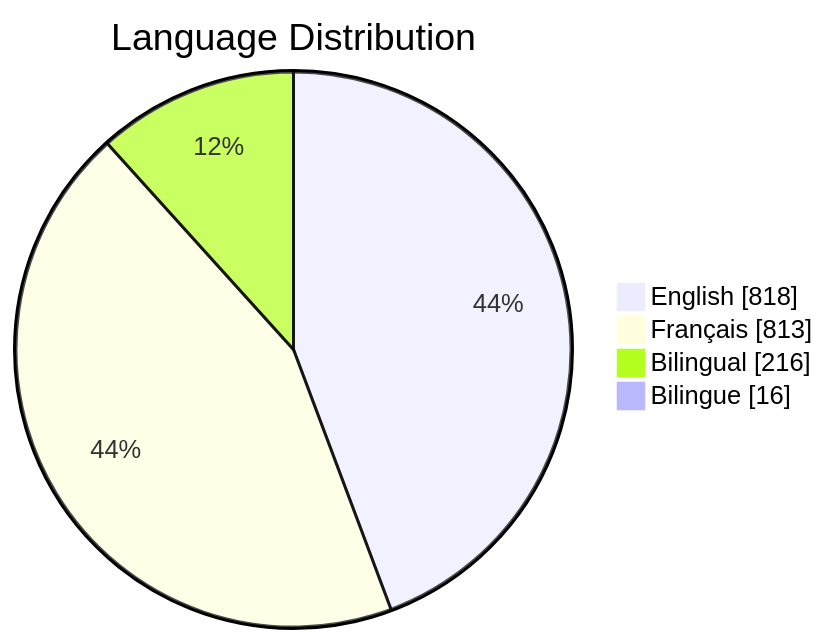
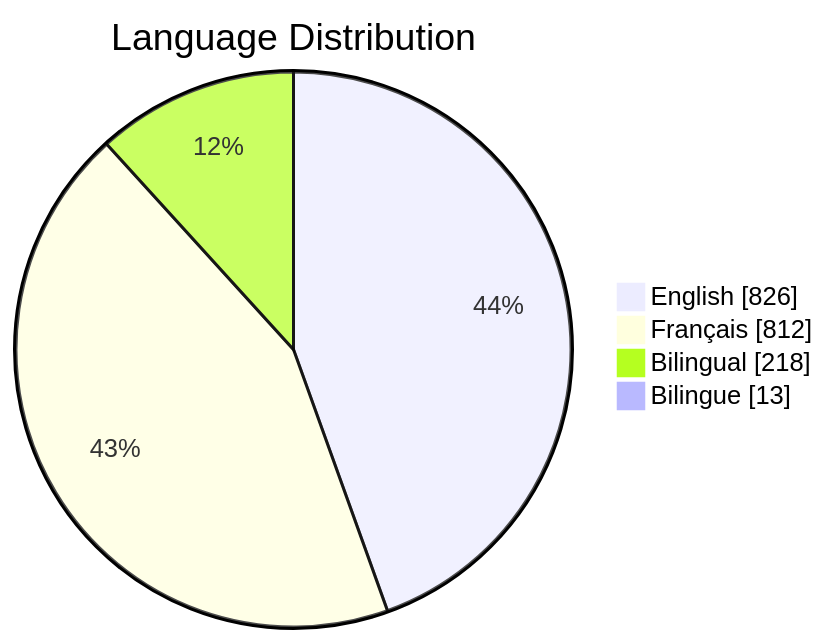
Before and after one commit to PatLittle/GC-Socials: the third of 6 diagrams in README.md, drawn with Mermaid. The commit also changed other lines of this file, not shown here.

Commit message:
Update README with Platform Distribution pie chart

````diff
--- a/README.md
+++ b/README.md
@@ -65,7 +65,7 @@
 ```mermaid
 pie showData title Language Distribution
-    "English": 818
-    "Français": 813
-    "Bilingual": 216
-    "Bilingue": 16
+    "English": 826
+    "Français": 812
+    "Bilingual": 218
+    "Bilingue": 13
 ```
````
